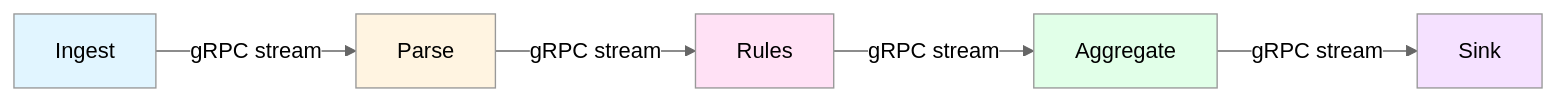
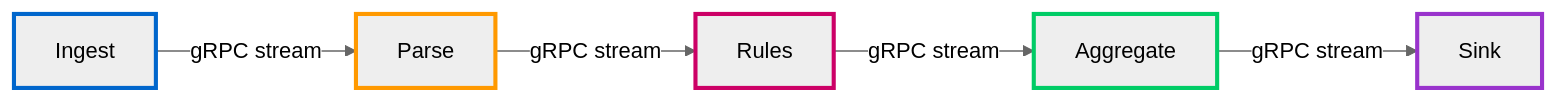
One commit to Michael--/modular-runtime changed the first of 9 diagrams in docs-site/docs/guide/performance.md. Above: the diagram before and after it, drawn with Mermaid (neutral theme). The commit also changed other lines of this file and 3 other files, not shown here.

Commit message:
fix(docs): use stroke-only colors for theme compatibility and correct architecture diagram

````diff
--- a/docs-site/docs/guide/performance.md
+++ b/docs-site/docs/guide/performance.md
@@ -9,13 +9,13 @@
 ```mermaid
 flowchart LR
     A[Ingest] -->|gRPC stream| B[Parse]
     B -->|gRPC stream| C[Rules]
     C -->|gRPC stream| D[Aggregate]
     D -->|gRPC stream| E[Sink]
 
-    style A fill:#e1f5ff
-    style B fill:#fff4e1
-    style C fill:#ffe1f5
-    style D fill:#e1ffe8
-    style E fill:#f5e1ff
+    style A stroke:#0066cc,stroke-width:3px
+    style B stroke:#ff9900,stroke-width:3px
+    style C stroke:#cc0066,stroke-width:3px
+    style D stroke:#00cc66,stroke-width:3px
+    style E stroke:#9933cc,stroke-width:3px
 ```
````
